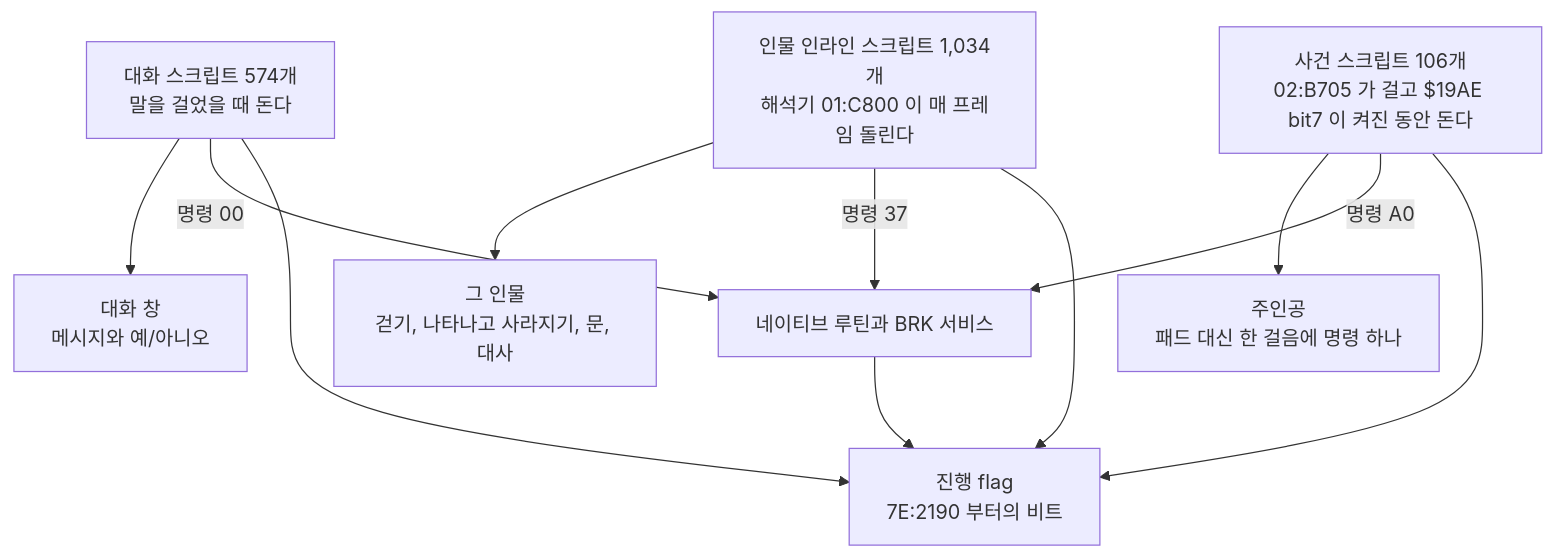
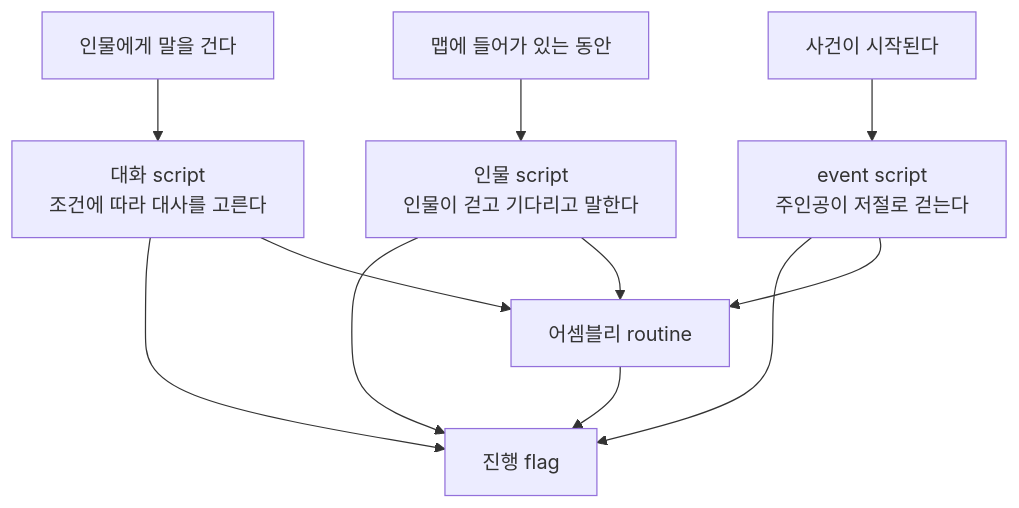
The first of 2 diagrams in src/pages/games/romhacking/journal/dq4/dq5-events.md (perfectacle/perfectacle.github.io), drawn with Mermaid before and after one commit. The commit also changed other lines of this file and 13 other files, not shown here.

````diff
--- a/src/pages/games/romhacking/journal/dq4/dq5-events.md
+++ b/src/pages/games/romhacking/journal/dq4/dq5-events.md
@@ -185,13 +41,13 @@
 ```mermaid
 flowchart TD
-  S1["대화 스크립트 574개<br/>말을 걸었을 때 돈다"] --> O1["대화 창<br/>메시지와 예/아니오"]
-  S2["인물 인라인 스크립트 1,034개<br/>해석기 01:C800 이 매 프레임 돌린다"] --> O2["그 인물<br/>걷기, 나타나고 사라지기, 문, 대사"]
-  S3["사건 스크립트 106개<br/>02:B705 가 걸고 $19AE bit7 이 켜진 동안 돈다"] --> O3["주인공<br/>패드 대신 한 걸음에 명령 하나"]
-  S1 -->|"명령 00"| N["네이티브 루틴과 BRK 서비스"]
-  S2 -->|"명령 37"| N
-  S3 -->|"명령 A0"| N
-  S1 --> FL["진행 flag<br/>7E:2190 부터의 비트"]
-  S2 --> FL
-  S3 --> FL
-  N --> FL
+  A["인물에게 말을 건다"] --> S1["대화 script<br/>조건에 따라 대사를 고른다"]
+  B["맵에 들어가 있는 동안"] --> S2["인물 script<br/>인물이 걷고 기다리고 말한다"]
+  C["사건이 시작된다"] --> S3["event script<br/>주인공이 저절로 걷는다"]
+  S1 --> F["진행 flag"]
+  S2 --> F
+  S3 --> F
+  S1 --> N["어셈블리 routine"]
+  S2 --> N
+  S3 --> N
+  N --> F
 ```
````
